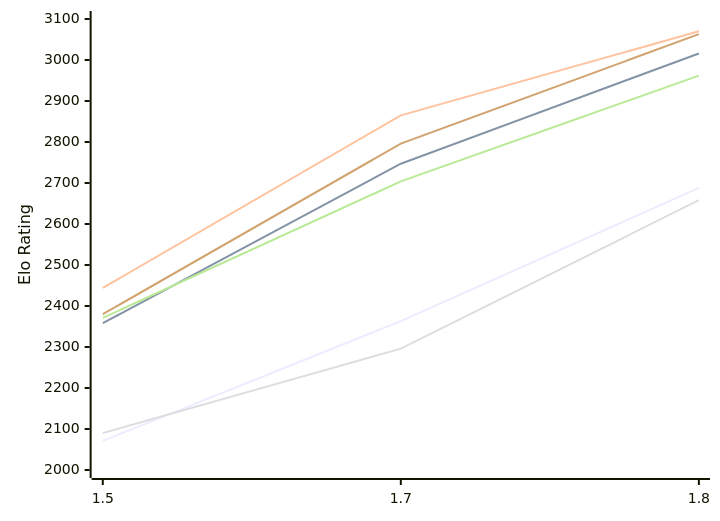
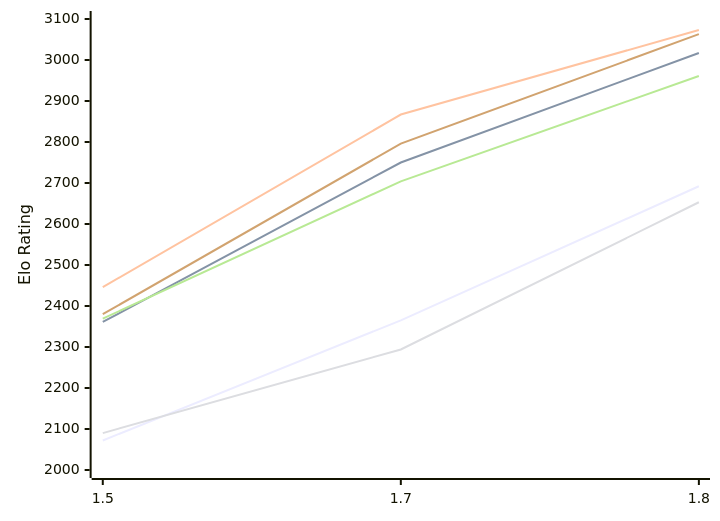
Before and after one commit to computer-chess-index/cci: the first of 2 diagrams in engines/Facon.md, drawn with Mermaid. The commit also changed other lines of this file, not shown here.

Commit message:
Update CCI Ratings (ELO VLTC) - 2026-11-22

````diff
--- a/engines/Facon.md
+++ b/engines/Facon.md
@@ -54,12 +54,12 @@
 ```mermaid
 %%{init: {"theme":"base","themeVariables":{"seriesColors:['#a3a3a3','#222221','#faa371']}}}%%
 xychart-beta
   x-axis ["1.5", "1.7", "1.8"]
   y-axis "Elo Rating" 2000 --> 3100
-  line "E1: STC (8.0+0.08s)" [2071, 2363, 2688]
-  line "E1: LTC (60.0+0.60s)" [2358, 2747, 3016]
-  line "E1: VLTC (2m24s+1.12s)" [2444, 2865, 3070]
-  line "P1: STC (8.0+0.08s)" [2090, 2296, 2658]
-  line "P1: LTC (60.0+0.60s)" [2371, 2704, 2962]
+  line "E1: STC (8.0+0.08s)" [2072, 2365, 2692]
+  line "E1: LTC (60.0+0.60s)" [2361, 2750, 3017]
+  line "E1: VLTC (2m24s+1.12s)" [2446, 2867, 3073]
+  line "P1: STC (8.0+0.08s)" [2090, 2294, 2653]
+  line "P1: LTC (60.0+0.60s)" [2369, 2704, 2961]
   line "P1: VLTC (2m24s+1.12s)" [2380, 2796, 3063]
 ```
````
